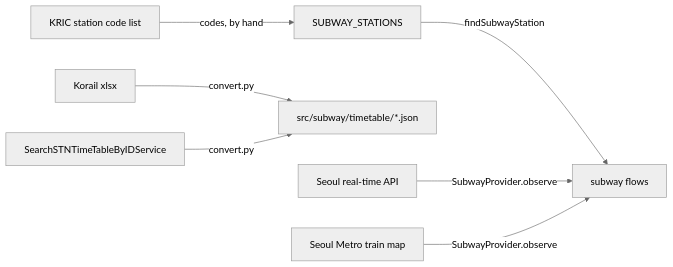
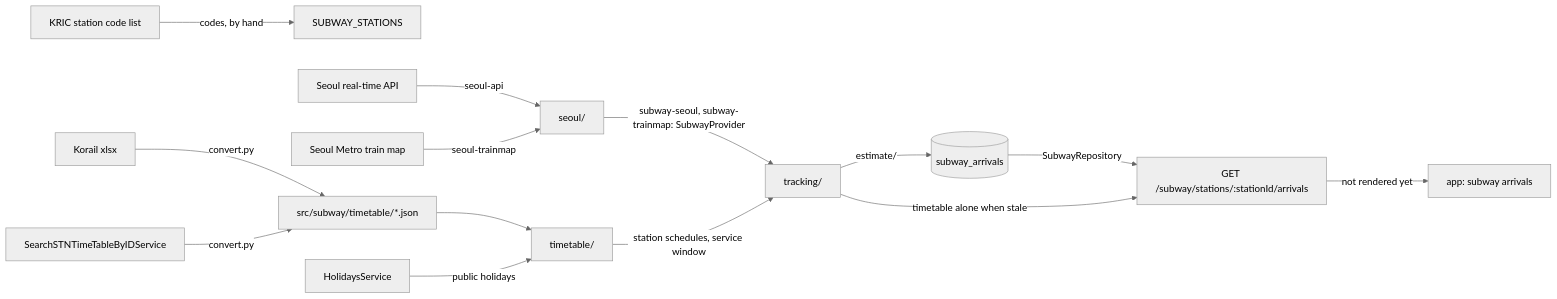
One commit to skkuverse/skkuverse-server changed the diagram in docs/explanation/subway-architecture.md. Above: the diagram before and after it, drawn with Mermaid (neutral theme). The commit also changed other lines of this file and 95 other files, not shown here.

Commit message:
feat(subway): serve arrivals from the seoul provider, tracker and timetables

````diff
--- a/docs/explanation/subway-architecture.md
+++ b/docs/explanation/subway-architecture.md
@@ -46,9 +61,16 @@
 ```mermaid
 flowchart LR
   kric["KRIC station code list"] -->|codes, by hand| stations["SUBWAY_STATIONS"]
-  stations -->|findSubwayStation| flows["subway flows"]
   xlsx["Korail xlsx"] -->|convert.py| tt["src/subway/timetable/*.json"]
   seoultt["SearchSTNTimeTableByIDService"] -->|convert.py| tt
-  seoulapi["Seoul real-time API"] -->|SubwayProvider.observe| flows
-  trainmap["Seoul Metro train map"] -->|SubwayProvider.observe| flows
+  tt --> timetable["timetable/"]
+  holidays["HolidaysService"] -->|public holidays| timetable
+  seoulapi["Seoul real-time API"] -->|seoul-api| seoul["seoul/"]
+  trainmap["Seoul Metro train map"] -->|seoul-trainmap| seoul
+  seoul -->|"subway-seoul, subway-trainmap: SubwayProvider"| tracking["tracking/"]
+  timetable -->|station schedules, service window| tracking
+  tracking -->|estimate/| coll[("subway_arrivals")]
+  coll -->|SubwayRepository| route["GET /subway/stations/:stationId/arrivals"]
+  tracking -->|timetable alone when stale| route
+  route -->|not rendered yet| screen["app: subway arrivals"]
 ```
````
